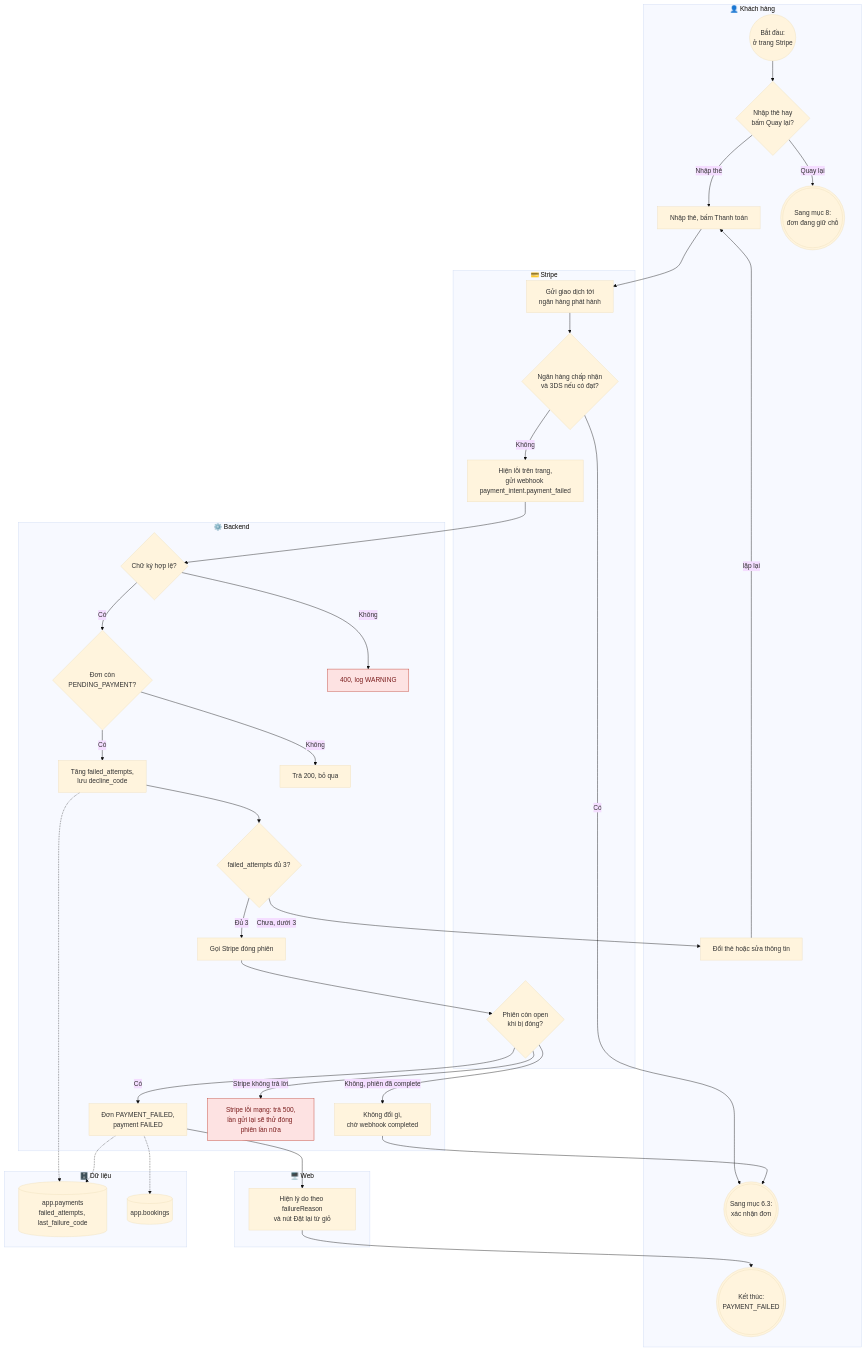
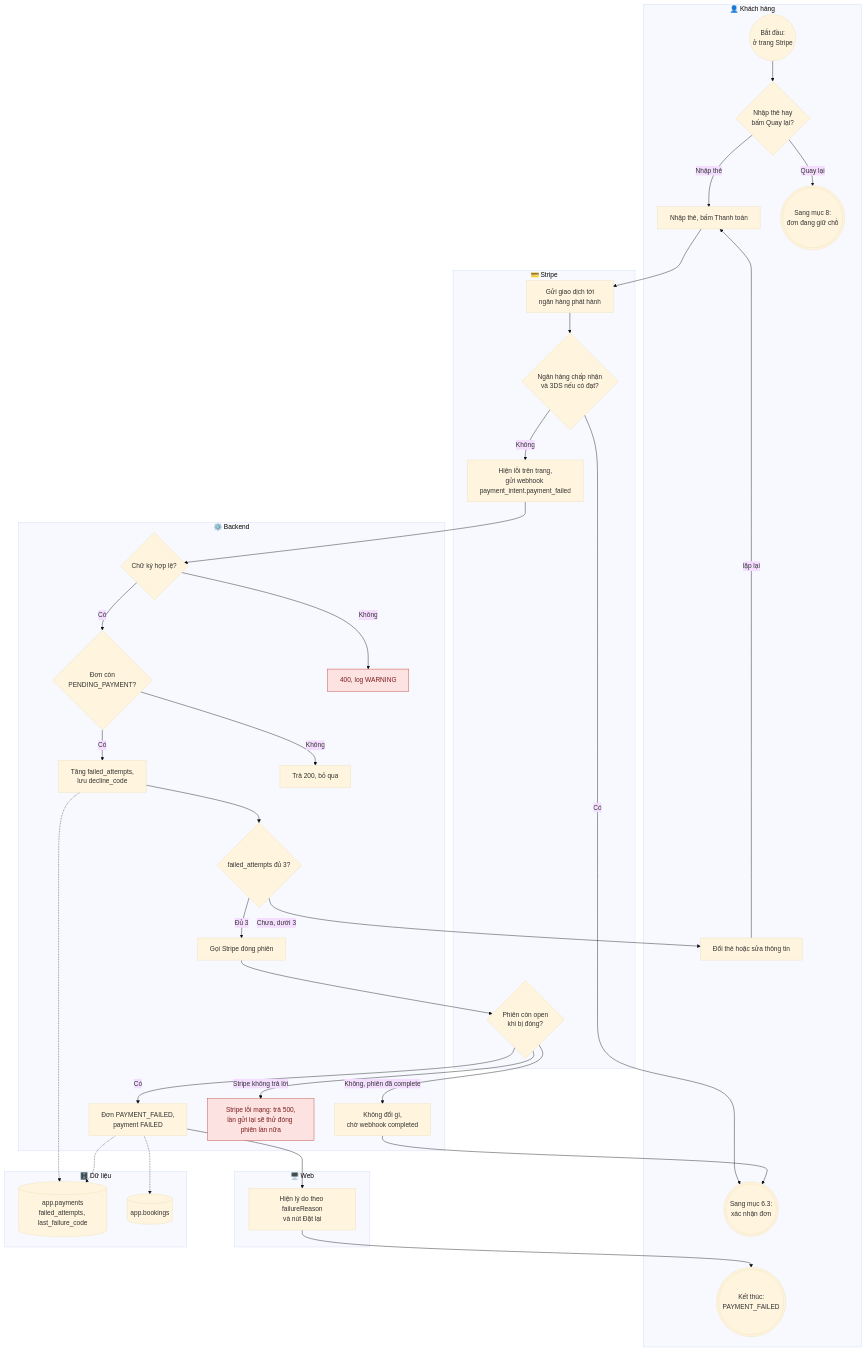
Before and after one commit to NguyenNhat4/Travel-Recommend-System: diagram 13 of 19 in docs/spec/booking/so-do-luong-dat-cho-thanh-toan.md, drawn with Mermaid (base theme). The commit also changed other lines of this file and 129 other files, not shown here.

````diff
--- a/docs/spec/booking/so-do-luong-dat-cho-thanh-toan.md
+++ b/docs/spec/booking/so-do-luong-dat-cho-thanh-toan.md
@@ -607,63 +609,63 @@
 ```mermaid
 flowchart TB
     subgraph LU["👤 Khách hàng"]
         S(("Bắt đầu:<br/>ở trang Stripe"))
         U0{"Nhập thẻ hay<br/>bấm Quay lại?"}
         U1["Nhập thẻ, bấm Thanh toán"]
         U2["Đổi thẻ hoặc sửa thông tin"]
         EBACK((("Sang mục 8:<br/>đơn đang giữ chỗ")))
         EFAIL((("Kết thúc:<br/>PAYMENT_FAILED")))
         EOK((("Sang mục 6.3:<br/>xác nhận đơn")))
     end
 
     subgraph LS["💳 Stripe"]
         S1["Gửi giao dịch tới<br/>ngân hàng phát hành"]
         S2{"Ngân hàng chấp nhận<br/>và 3DS nếu có đạt?"}
         S3["Hiện lỗi trên trang,<br/>gửi webhook payment_intent.payment_failed"]
         S4{"Phiên còn open<br/>khi bị đóng?"}
     end
 
     subgraph LF["⚙️ Backend"]
         F1{"Chữ ký hợp lệ?"}
         F2{"Đơn còn<br/>PENDING_PAYMENT?"}
         F3["Tăng failed_attempts,<br/>lưu decline_code"]
         F4{"failed_attempts đủ 3?"}
         F5["Gọi Stripe đóng phiên"]
         F6["Đơn PAYMENT_FAILED,<br/>payment FAILED"]
         F7["Không đổi gì,<br/>chờ webhook completed"]
         FX1["400, log WARNING"]:::err
         FX2["Trả 200, bỏ qua"]
         FX3["Stripe lỗi mạng: trả 500,<br/>lần gửi lại sẽ thử đóng phiên lần nữa"]:::err
     end
 
     subgraph LW["🖥️ Web"]
-        W1["Hiện lý do theo failureReason<br/>và nút Đặt lại từ giỏ"]
+        W1["Hiện lý do theo failureReason<br/>và nút Đặt lại"]
     end
 
     subgraph LD["🗄️ Dữ liệu"]
         D1[("app.payments<br/>failed_attempts, last_failure_code")]
         D2[("app.bookings")]
     end
 
     S --> U0
     U0 -- "Quay lại" --> EBACK
     U0 -- "Nhập thẻ" --> U1 --> S1 --> S2
     S2 -- "Có" --> EOK
     S2 -- "Không" --> S3 --> F1
     F1 -- "Không" --> FX1
     F1 -- "Có" --> F2
     F2 -- "Không" --> FX2
     F2 -- "Có" --> F3 --> F4
     F4 -- "Chưa, dưới 3" --> U2
     U2 -- "lặp lại" --> U1
     F4 -- "Đủ 3" --> F5 --> S4
     S4 -- "Có" --> F6 --> W1 --> EFAIL
     S4 -- "Không, phiên đã complete" --> F7 --> EOK
     S4 -- "Stripe không trả lời" --> FX3
 
     F3 -.-> D1
     F6 -.-> D1
     F6 -.-> D2
 
     classDef err fill:#fde2e2,stroke:#c0392b,color:#7b1d1d
 ```
````
